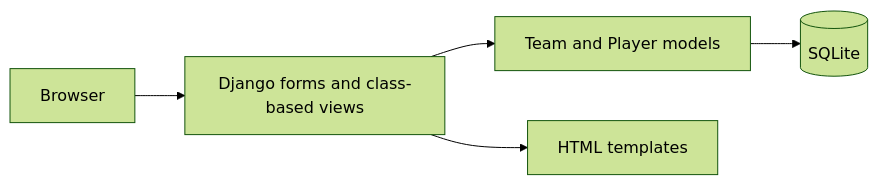
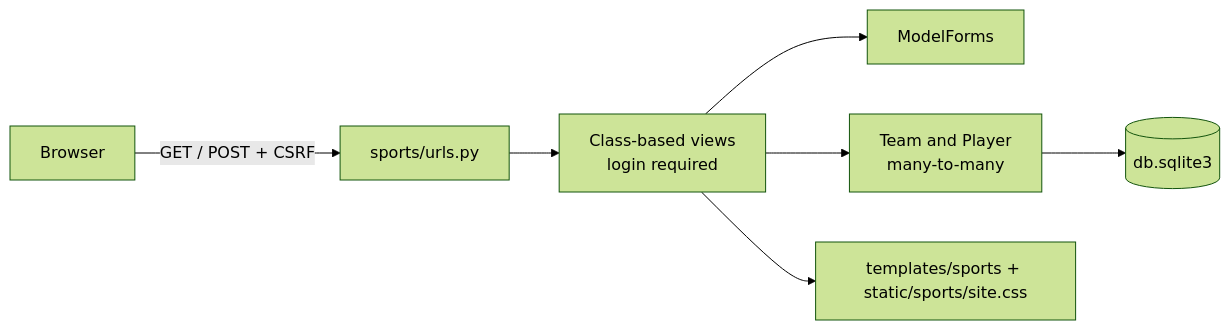
One commit to dev-nezuko/athletics-league-api changed the diagram in README.md. Above: the diagram before and after it, drawn with Mermaid (forest theme). The commit also changed other lines of this file and 5 other files, not shown here.

````diff
--- a/README.md
+++ b/README.md
@@ -36,7 +61,9 @@
 ```mermaid
 flowchart LR
-    Browser --> Forms[Django forms and class-based views]
-    Forms --> Models[Team and Player models]
-    Models --> SQLite[(SQLite)]
-    Forms --> Templates[HTML templates]
+    Browser -->|GET / POST + CSRF| URLs[sports/urls.py]
+    URLs --> Views[Class-based views<br/>login required]
+    Views --> Forms[ModelForms]
+    Views --> Models[Team and Player<br/>many-to-many]
+    Models --> SQLite[(db.sqlite3)]
+    Views --> Templates[templates/sports + static/sports/site.css]
 ```
````
